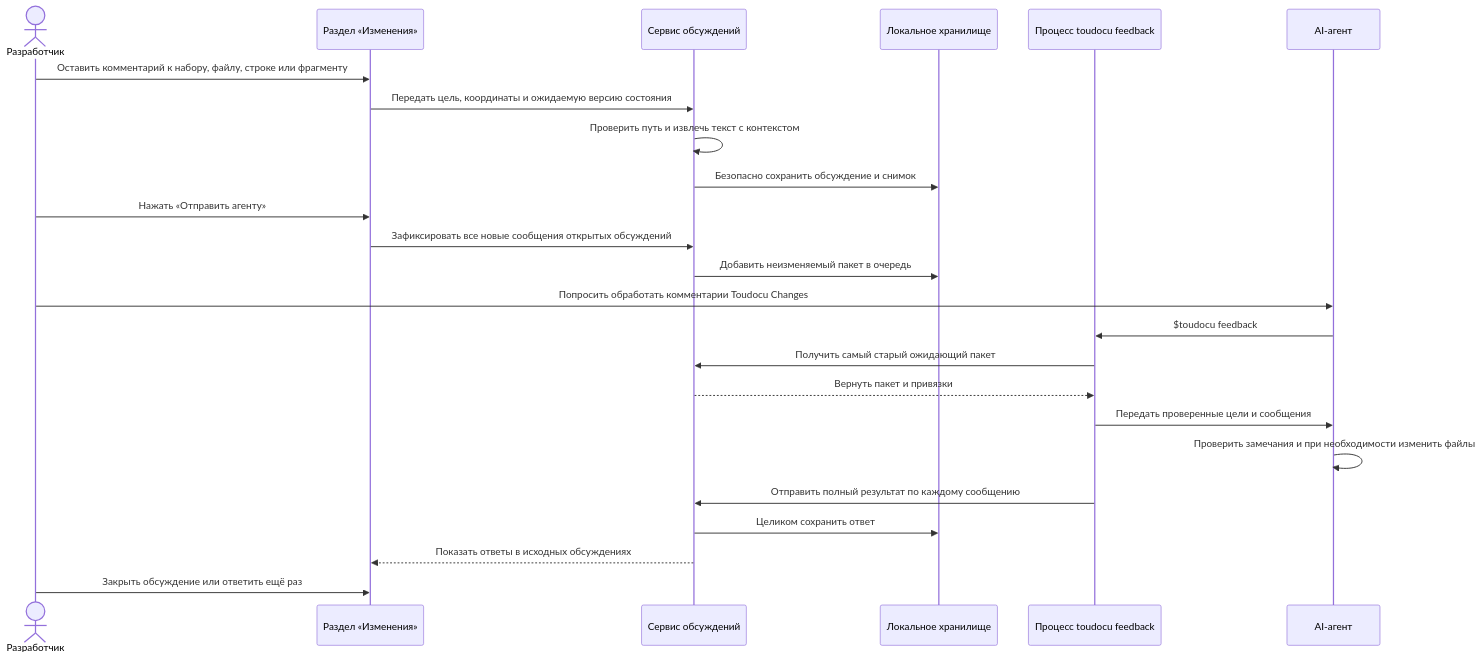
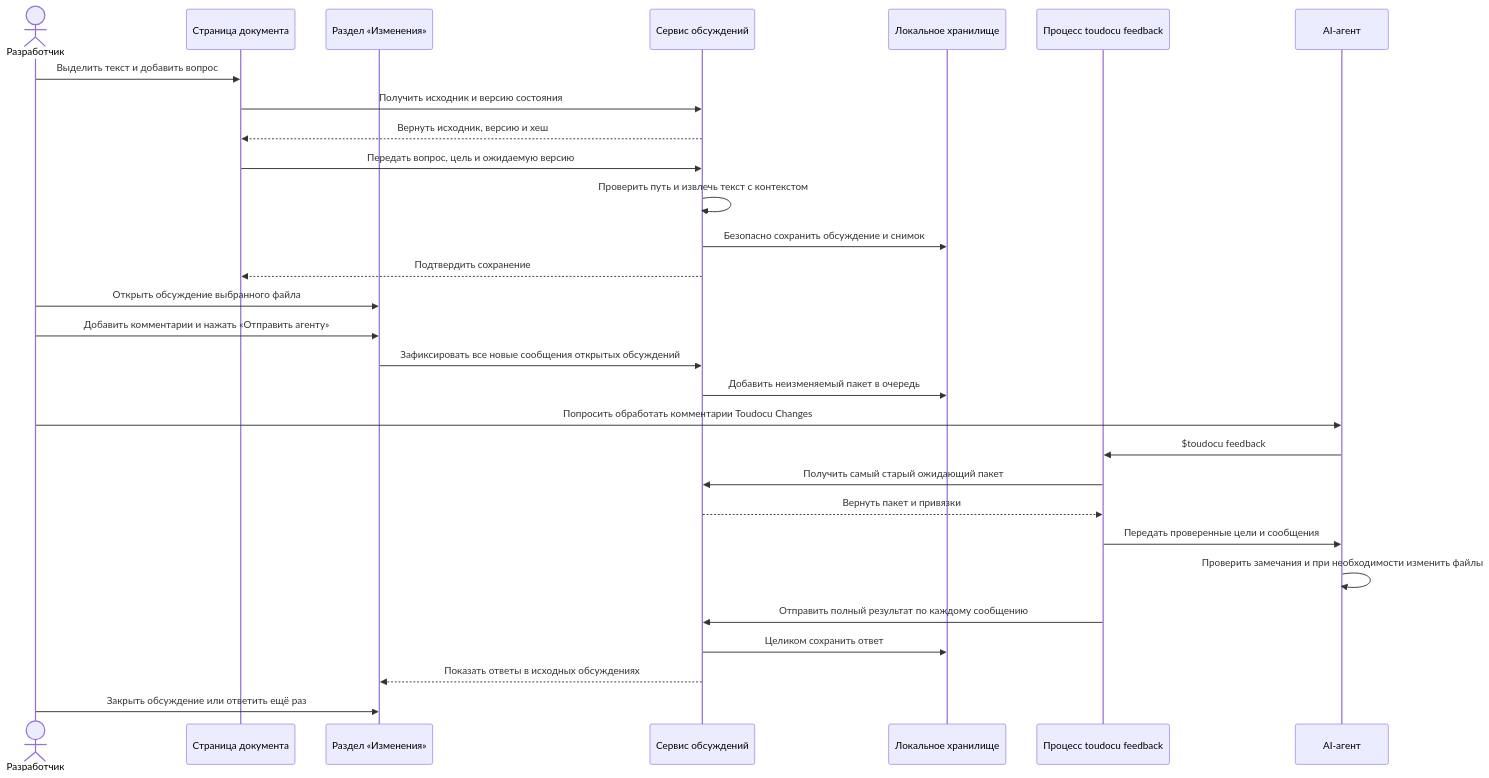
The diagram in docs/flows/FLOW-REVIEW-FEEDBACK.md (lumenikoly/toudocu), drawn with Mermaid before and after one commit. The commit also changed other lines of this file and 22 other files, not shown here.

````diff
--- a/docs/flows/FLOW-REVIEW-FEEDBACK.md
+++ b/docs/flows/FLOW-REVIEW-FEEDBACK.md
@@ -10,27 +10,32 @@
 ```mermaid
 sequenceDiagram
     actor User as Разработчик
-    participant UI as Раздел «Изменения»
+    participant Portal as Страница документа
+    participant Changes as Раздел «Изменения»
     participant Review as Сервис обсуждений
     participant Store as Локальное хранилище
     participant Skill as Процесс toudocu feedback
     participant Agent as AI-агент
 
-    User->>UI: Оставить комментарий к набору, файлу, строке или фрагменту
-    UI->>Review: Передать цель, координаты и ожидаемую версию состояния
+    User->>Portal: Выделить текст и добавить вопрос
+    Portal->>Review: Получить исходник и версию состояния
+    Review-->>Portal: Вернуть исходник, версию и хеш
+    Portal->>Review: Передать вопрос, цель и ожидаемую версию
     Review->>Review: Проверить путь и извлечь текст с контекстом
     Review->>Store: Безопасно сохранить обсуждение и снимок
-    User->>UI: Нажать «Отправить агенту»
-    UI->>Review: Зафиксировать все новые сообщения открытых обсуждений
+    Review-->>Portal: Подтвердить сохранение
+    User->>Changes: Открыть обсуждение выбранного файла
+    User->>Changes: Добавить комментарии и нажать «Отправить агенту»
+    Changes->>Review: Зафиксировать все новые сообщения открытых обсуждений
     Review->>Store: Добавить неизменяемый пакет в очередь
     User->>Agent: Попросить обработать комментарии Toudocu Changes
     Agent->>Skill: $toudocu feedback
     Skill->>Review: Получить самый старый ожидающий пакет
     Review-->>Skill: Вернуть пакет и привязки
     Skill->>Agent: Передать проверенные цели и сообщения
     Agent->>Agent: Проверить замечания и при необходимости изменить файлы
     Skill->>Review: Отправить полный результат по каждому сообщению
     Review->>Store: Целиком сохранить ответ
-    Review-->>UI: Показать ответы в исходных обсуждениях
-    User->>UI: Закрыть обсуждение или ответить ещё раз
+    Review-->>Changes: Показать ответы в исходных обсуждениях
+    User->>Changes: Закрыть обсуждение или ответить ещё раз
 ```
````
